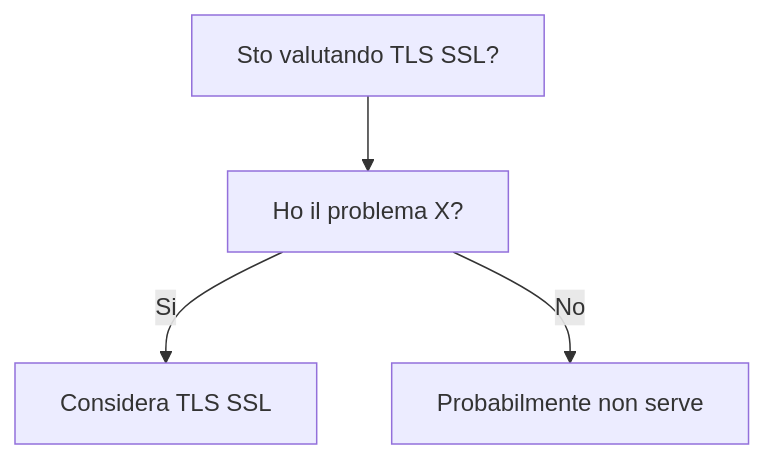
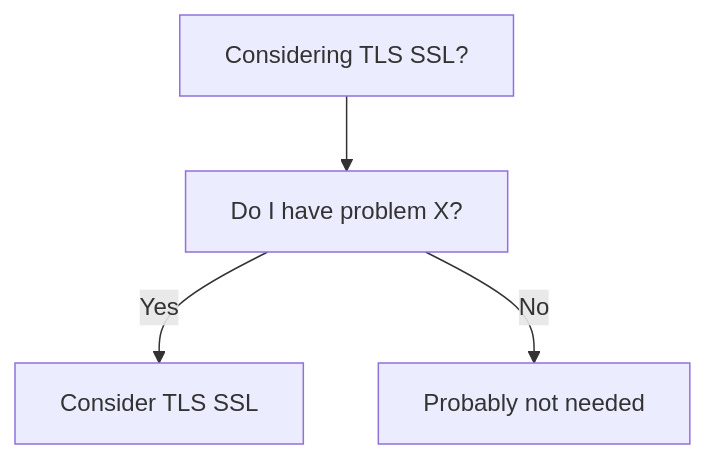
Before and after one commit to HxT9/Software-Dev-Wiki: the diagram in dev-wiki/07_Networking/TLS_SSL/When_To_Use.md, drawn with Mermaid. The commit also changed other lines of this file and 3444 other files, not shown here.

````diff
--- a/dev-wiki/07_Networking/TLS_SSL/When_To_Use.md
+++ b/dev-wiki/07_Networking/TLS_SSL/When_To_Use.md
@@ -19,6 +19,6 @@
 ```mermaid
 flowchart TD
-  Q[Sto valutando TLS SSL?] --> Q1[Ho il problema X?]
-  Q1 -->|Si| OK[Considera TLS SSL]
-  Q1 -->|No| NO[Probabilmente non serve]
+  Q[Considering TLS SSL?] --> Q1[Do I have problem X?]
+  Q1 -->|Yes| OK[Consider TLS SSL]
+  Q1 -->|No| NO[Probably not needed]
 ```
````
